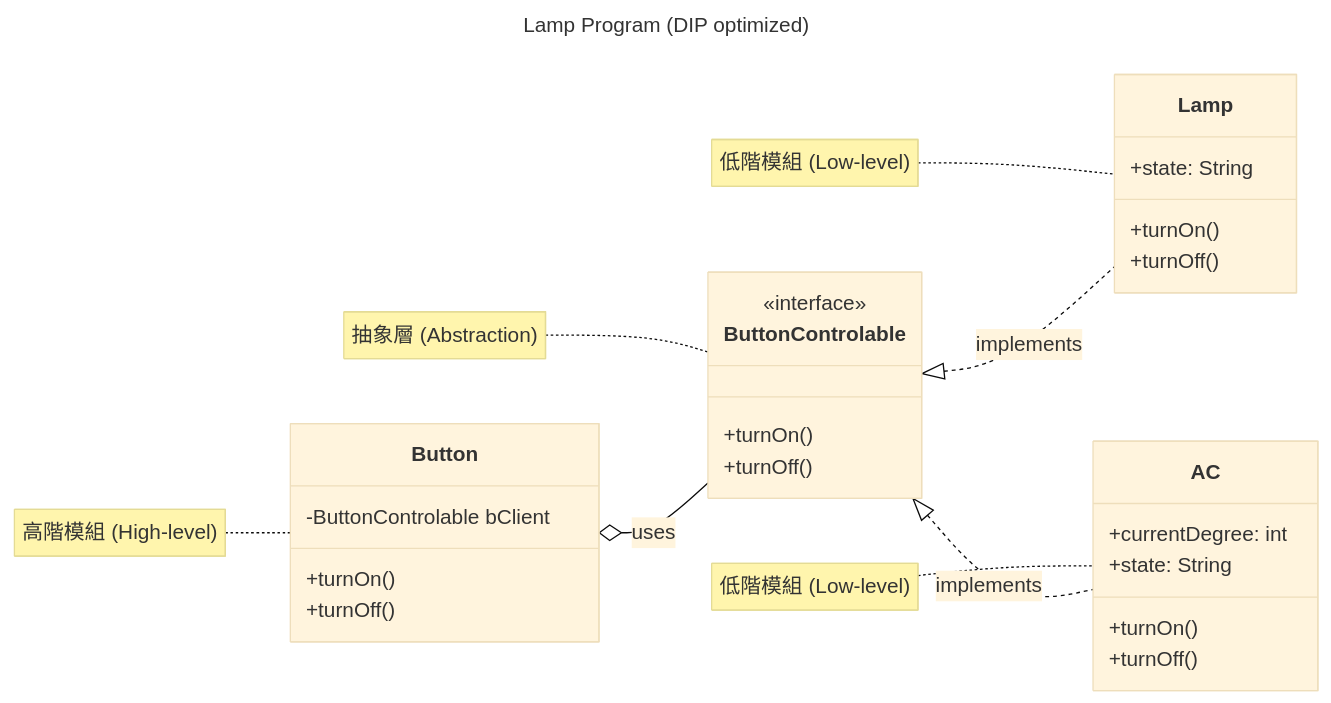
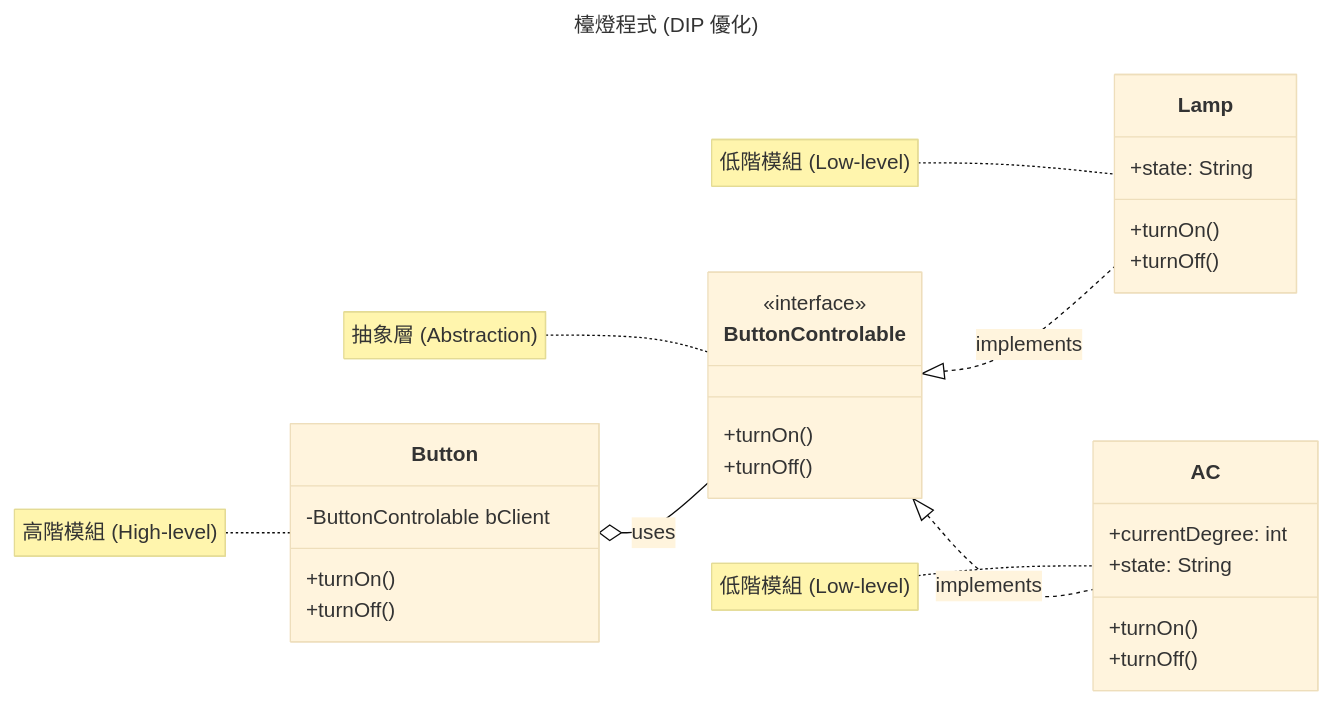
Diagram 15 of 17 in Part3_Principle/ch08_oo.md (nlhsueh/teach_sw_fw), drawn with Mermaid (base theme) before and after one commit. The commit also changed other lines of this file and 1 other file, not shown here.

Commit message:
style: translate diagram titles and notes to Chinese in ch07 and ch08

````diff
--- a/Part3_Principle/ch08_oo.md
+++ b/Part3_Principle/ch08_oo.md
@@ -966,37 +962,37 @@
 ```mermaid
 ---
-title: Lamp Program (DIP optimized)
+title: 檯燈程式 (DIP 優化)
 ---
 classDiagram
     direction LR
     class Button {
         -ButtonControlable bClient
         +turnOn()
         +turnOff()
     }
     class ButtonControlable {
         <<interface>>
         +turnOn()
         +turnOff()
     }
     class Lamp {
         +state: String
         +turnOn()
         +turnOff()
     }
     class AC {
         +currentDegree: int
         +state: String
         +turnOn()
         +turnOff()
     }
 
     Button o-- ButtonControlable : uses
     ButtonControlable <|.. Lamp : implements
     ButtonControlable <|.. AC : implements
 
     note for Button "高階模組 (High-level)"
     note for ButtonControlable "抽象層 (Abstraction)"
     note for Lamp "低階模組 (Low-level)"
     note for AC "低階模組 (Low-level)"
 ```
````
